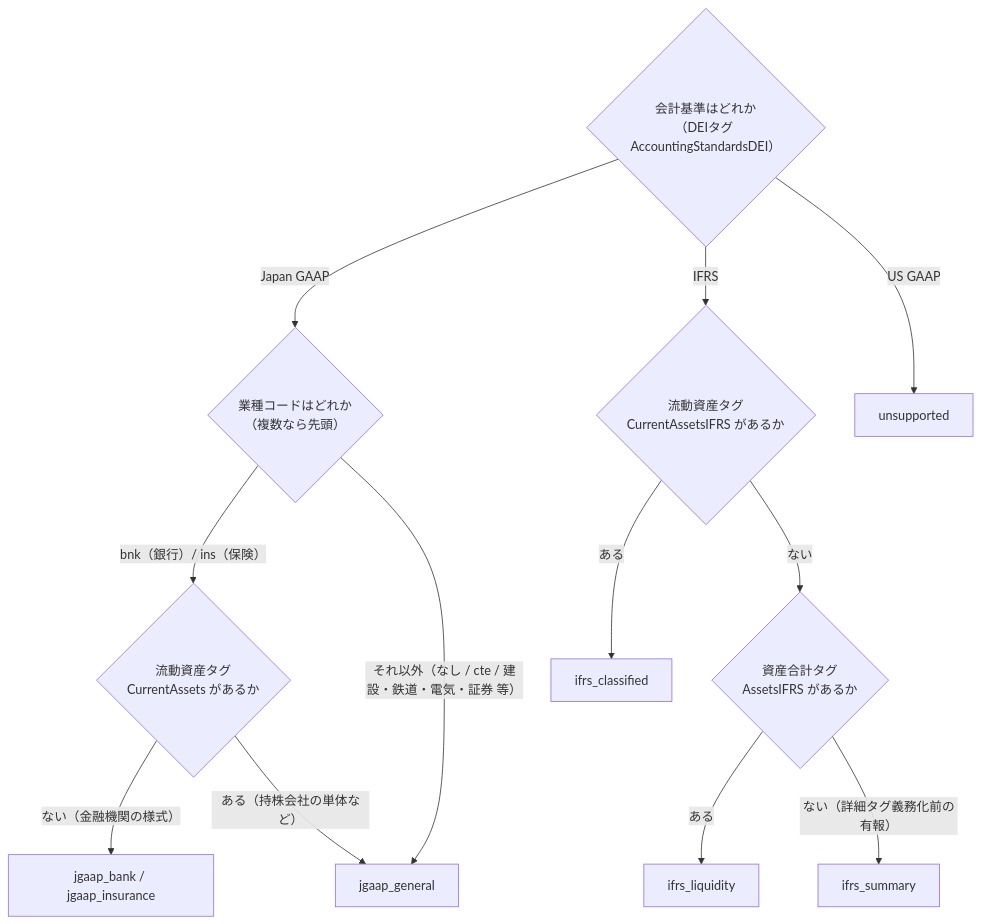
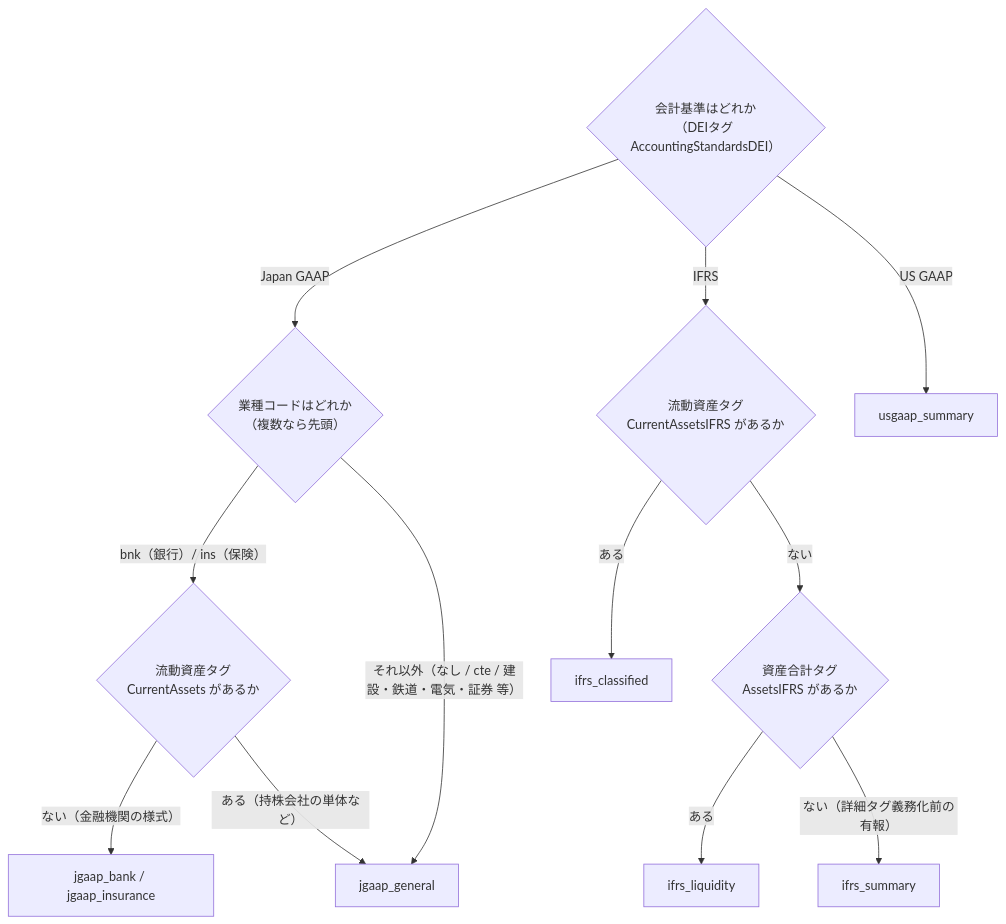
One commit to shin4488/financial-statement changed the seventh of 9 diagrams in docs/guide/03_data_flow.md. Above: the diagram before and after it, drawn with Mermaid. The commit also changed other lines of this file and 18 other files, not shown here.

````diff
--- a/docs/guide/03_data_flow.md
+++ b/docs/guide/03_data_flow.md
@@ -226,14 +226,14 @@
 ```mermaid
 flowchart TB
     Start{"会計基準はどれか<br>（DEIタグ AccountingStandardsDEI）"} -->|Japan GAAP| Ind{"業種コードはどれか<br>（複数なら先頭）"}
     Start -->|IFRS| Tag{"流動資産タグ<br>CurrentAssetsIFRS があるか"}
-    Start -->|US GAAP| Unsup2["unsupported"]
+    Start -->|US GAAP| UsSum["usgaap_summary"]
     Ind -->|"bnk（銀行）/ ins（保険）"| FinTag{"流動資産タグ<br>CurrentAssets があるか"}
     Ind -->|"それ以外（なし / cte / 建設・鉄道・電気・証券 等）"| General["jgaap_general"]
     FinTag -->|"ない（金融機関の様式）"| Fin["jgaap_bank / jgaap_insurance"]
     FinTag -->|"ある（持株会社の単体など）"| General
     Tag -->|ある| Cls["ifrs_classified"]
     Tag -->|"ない"| AssetsTag{"資産合計タグ<br>AssetsIFRS があるか"}
     AssetsTag -->|ある| Liq["ifrs_liquidity"]
     AssetsTag -->|"ない（詳細タグ義務化前の有報）"| Sum["ifrs_summary"]
 ```
````
